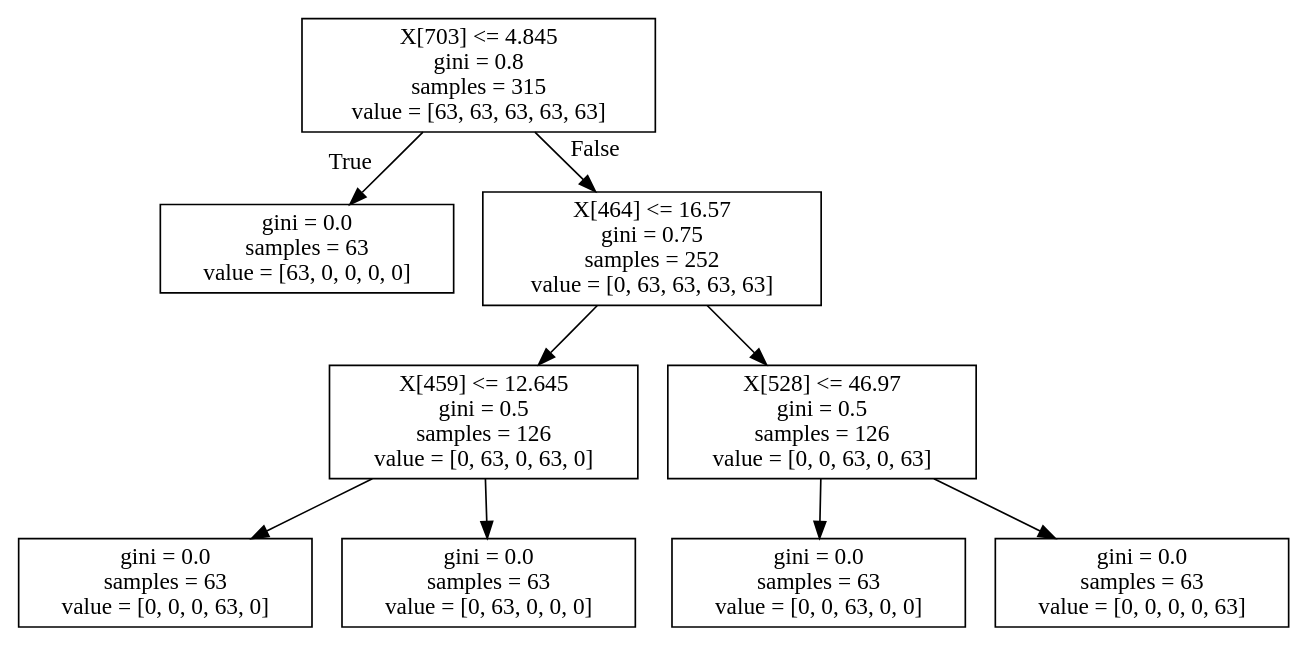
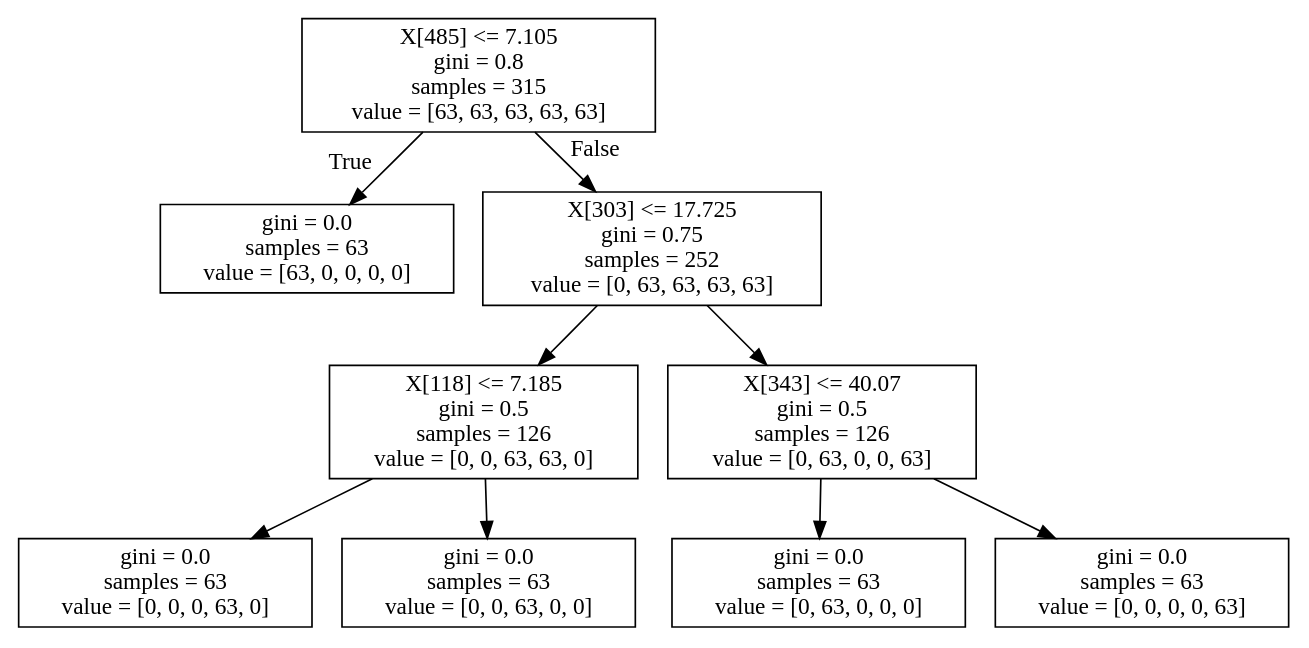
Before and after one commit to 12yuens2/classification-learning: the diagram in multiclass/decisiontree.dot, drawn with Graphviz. The commit also changed 8 other files, not shown here.

```diff
--- a/multiclass/decisiontree.dot
+++ b/multiclass/decisiontree.dot
@@ -1,20 +1,20 @@
 digraph Tree {
 node [shape=box] ;
-0 [label="X[703] <= 4.845\ngini = 0.8\nsamples = 315\nvalue = [63, 63, 63, 63, 63]"] ;
+0 [label="X[485] <= 7.105\ngini = 0.8\nsamples = 315\nvalue = [63, 63, 63, 63, 63]"] ;
 1 [label="gini = 0.0\nsamples = 63\nvalue = [63, 0, 0, 0, 0]"] ;
 0 -> 1 [labeldistance=2.5, labelangle=45, headlabel="True"] ;
-2 [label="X[464] <= 16.57\ngini = 0.75\nsamples = 252\nvalue = [0, 63, 63, 63, 63]"] ;
+2 [label="X[303] <= 17.725\ngini = 0.75\nsamples = 252\nvalue = [0, 63, 63, 63, 63]"] ;
 0 -> 2 [labeldistance=2.5, labelangle=-45, headlabel="False"] ;
-3 [label="X[459] <= 12.645\ngini = 0.5\nsamples = 126\nvalue = [0, 63, 0, 63, 0]"] ;
+3 [label="X[118] <= 7.185\ngini = 0.5\nsamples = 126\nvalue = [0, 0, 63, 63, 0]"] ;
 2 -> 3 ;
 4 [label="gini = 0.0\nsamples = 63\nvalue = [0, 0, 0, 63, 0]"] ;
 3 -> 4 ;
-5 [label="gini = 0.0\nsamples = 63\nvalue = [0, 63, 0, 0, 0]"] ;
+5 [label="gini = 0.0\nsamples = 63\nvalue = [0, 0, 63, 0, 0]"] ;
 3 -> 5 ;
-6 [label="X[528] <= 46.97\ngini = 0.5\nsamples = 126\nvalue = [0, 0, 63, 0, 63]"] ;
+6 [label="X[343] <= 40.07\ngini = 0.5\nsamples = 126\nvalue = [0, 63, 0, 0, 63]"] ;
 2 -> 6 ;
-7 [label="gini = 0.0\nsamples = 63\nvalue = [0, 0, 63, 0, 0]"] ;
+7 [label="gini = 0.0\nsamples = 63\nvalue = [0, 63, 0, 0, 0]"] ;
 6 -> 7 ;
 8 [label="gini = 0.0\nsamples = 63\nvalue = [0, 0, 0, 0, 63]"] ;
 6 -> 8 ;
 }
```
